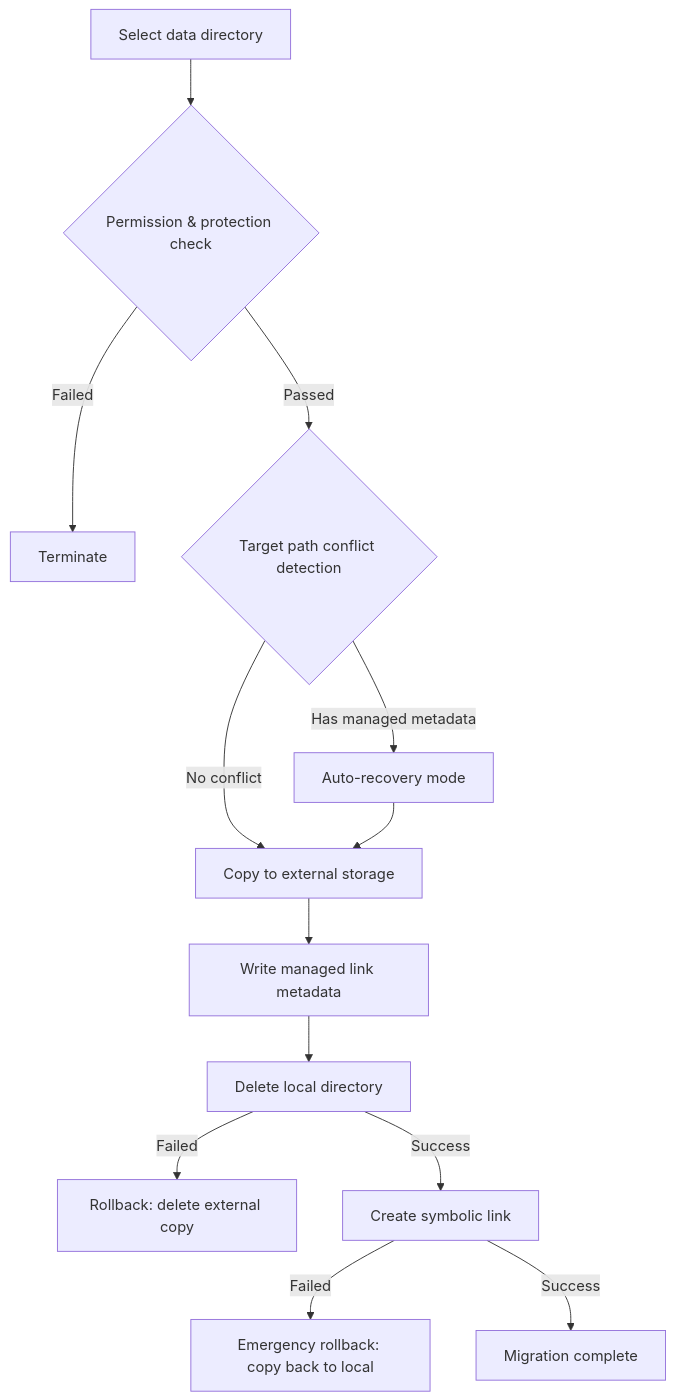
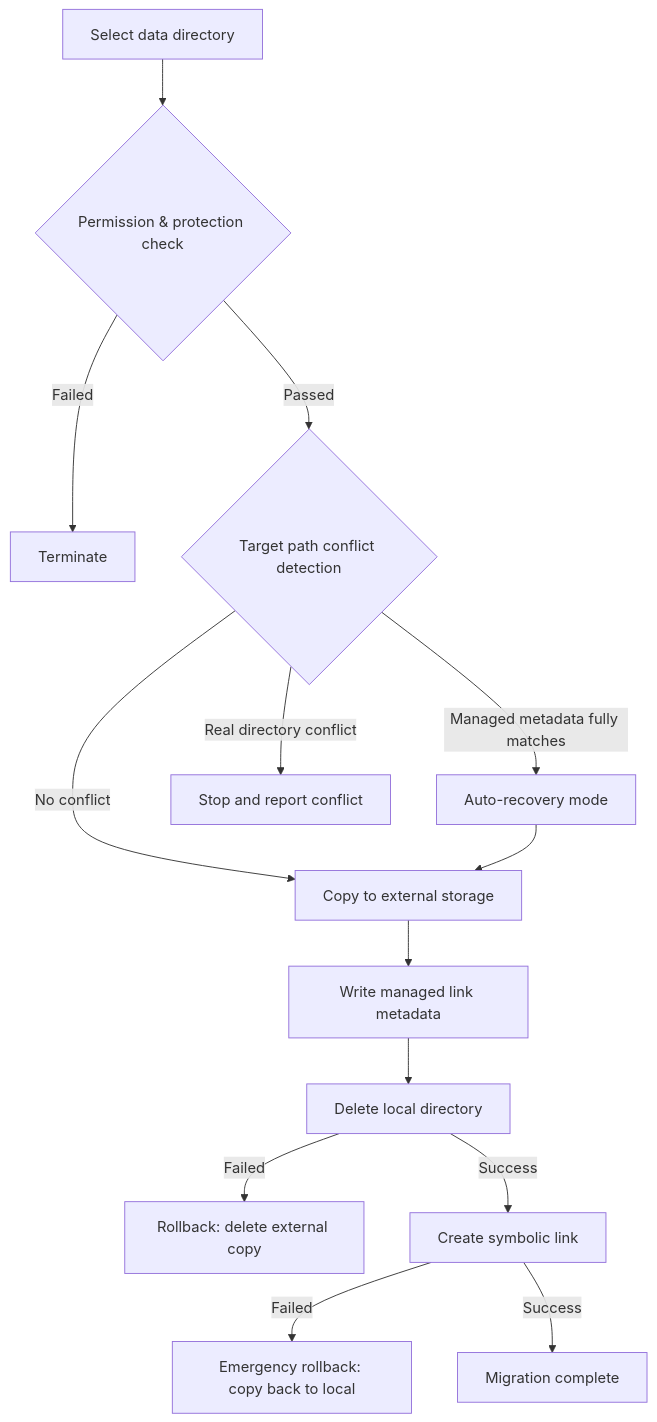
The diagram in User_docs/docs/en/datamigrae/baseinfo.md (Mu-L/AppPorts), drawn with Mermaid before and after one commit. The commit also changed other lines of this file and 80 other files, not shown here.

````diff
--- a/User_docs/docs/en/datamigrae/baseinfo.md
+++ b/User_docs/docs/en/datamigrae/baseinfo.md
@@ -27,15 +27,16 @@
 ```mermaid
 flowchart TD
     A[Select data directory] --> B{Permission & protection check}
     B -->|Failed| Z[Terminate]
     B -->|Passed| C{Target path conflict detection}
-    C -->|Has managed metadata| D[Auto-recovery mode]
+    C -->|Managed metadata fully matches| D[Auto-recovery mode]
+    C -->|Real directory conflict| Y[Stop and report conflict]
     C -->|No conflict| E[Copy to external storage]
     D --> E
     E --> F[Write managed link metadata]
     F --> G[Delete local directory]
     G -->|Failed| H[Rollback: delete external copy]
     G -->|Success| I[Create symbolic link]
     I -->|Failed| J[Emergency rollback: copy back to local]
     I -->|Success| K[Migration complete]
 ```
````
